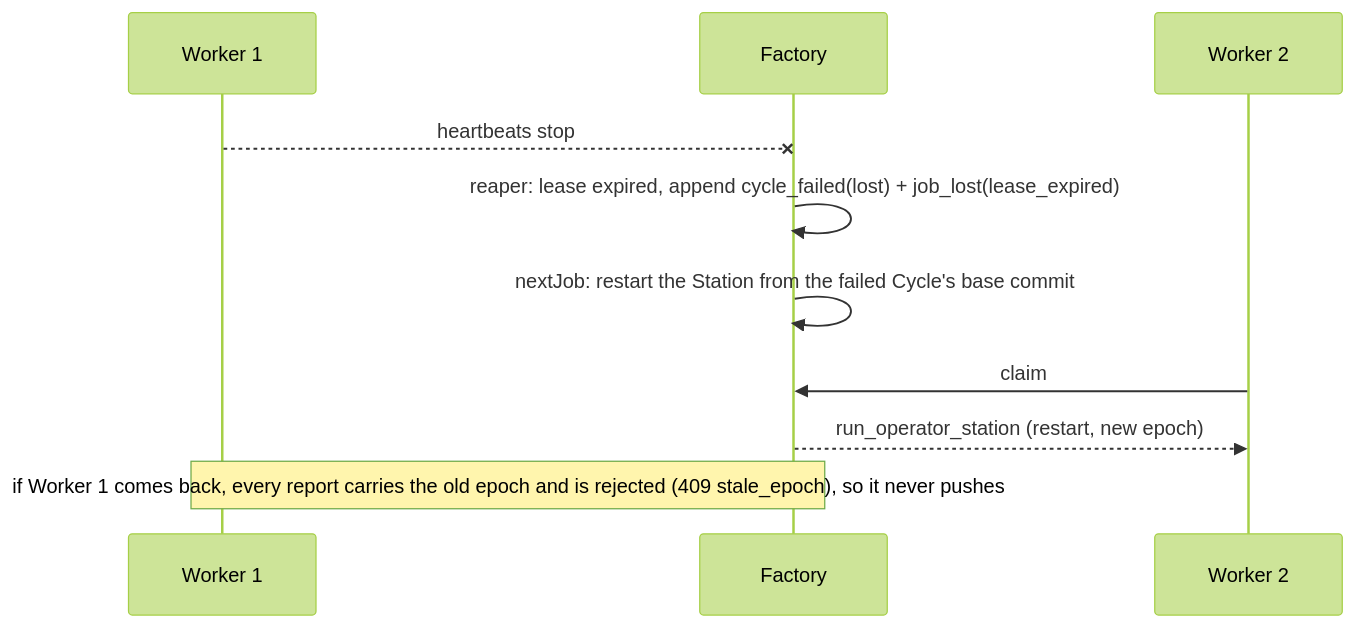
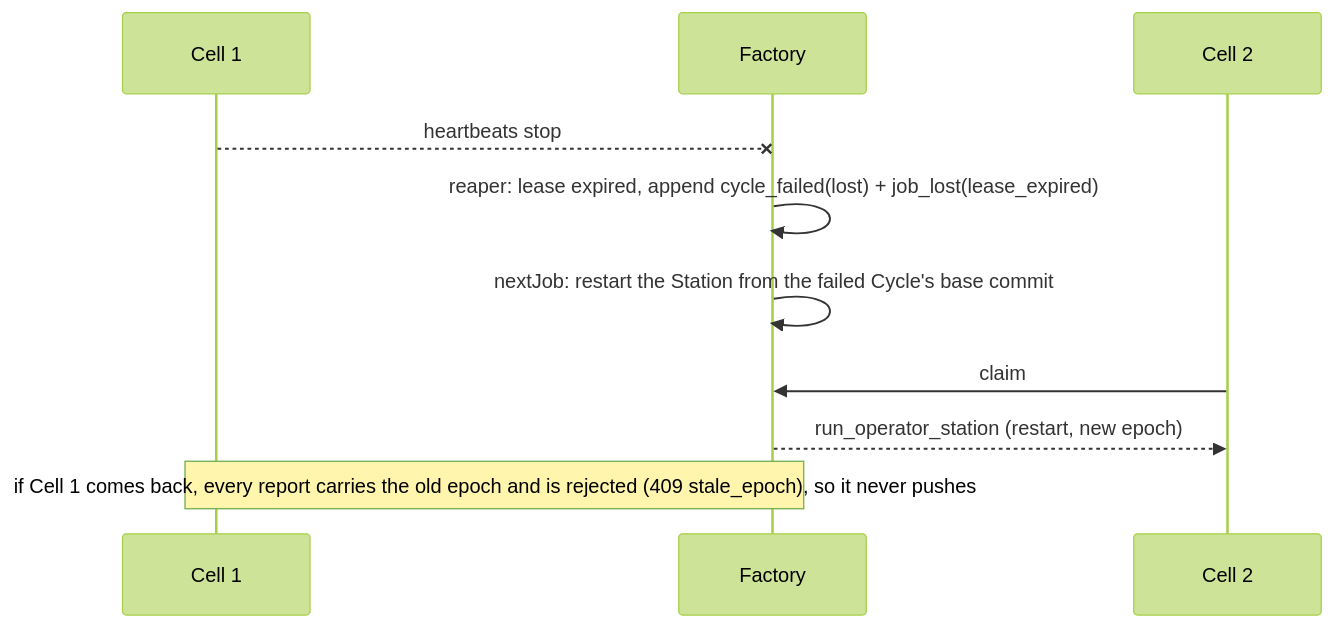
One commit to xyashino/software-factory changed the seventh of 8 diagrams in docs/PLAN.md. Above: the diagram before and after it, drawn with Mermaid (forest theme). The commit also changed other lines of this file and 10 other files, not shown here.

````diff
--- a/docs/PLAN.md
+++ b/docs/PLAN.md
@@ -230,12 +230,12 @@
 ```mermaid
 sequenceDiagram
-  participant C1 as Worker 1
+  participant C1 as Cell 1
   participant S as Factory
-  participant C2 as Worker 2
+  participant C2 as Cell 2
   C1--xS: heartbeats stop
   S->>S: reaper: lease expired, append cycle_failed(lost) + job_lost(lease_expired)
   S->>S: nextJob: restart the Station from the failed Cycle's base commit
   C2->>S: claim
   S-->>C2: run_operator_station (restart, new epoch)
-  Note over C1,S: if Worker 1 comes back, every report carries the old epoch and is rejected (409 stale_epoch), so it never pushes
+  Note over C1,S: if Cell 1 comes back, every report carries the old epoch and is rejected (409 stale_epoch), so it never pushes
 ```
````
